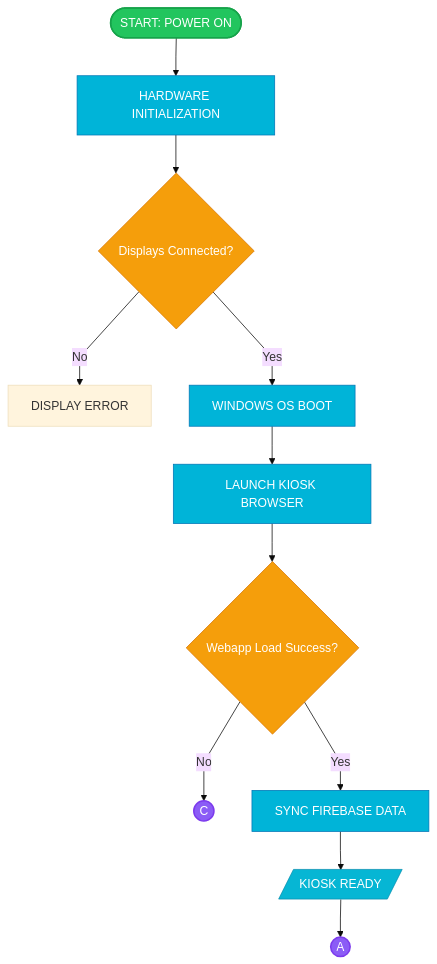
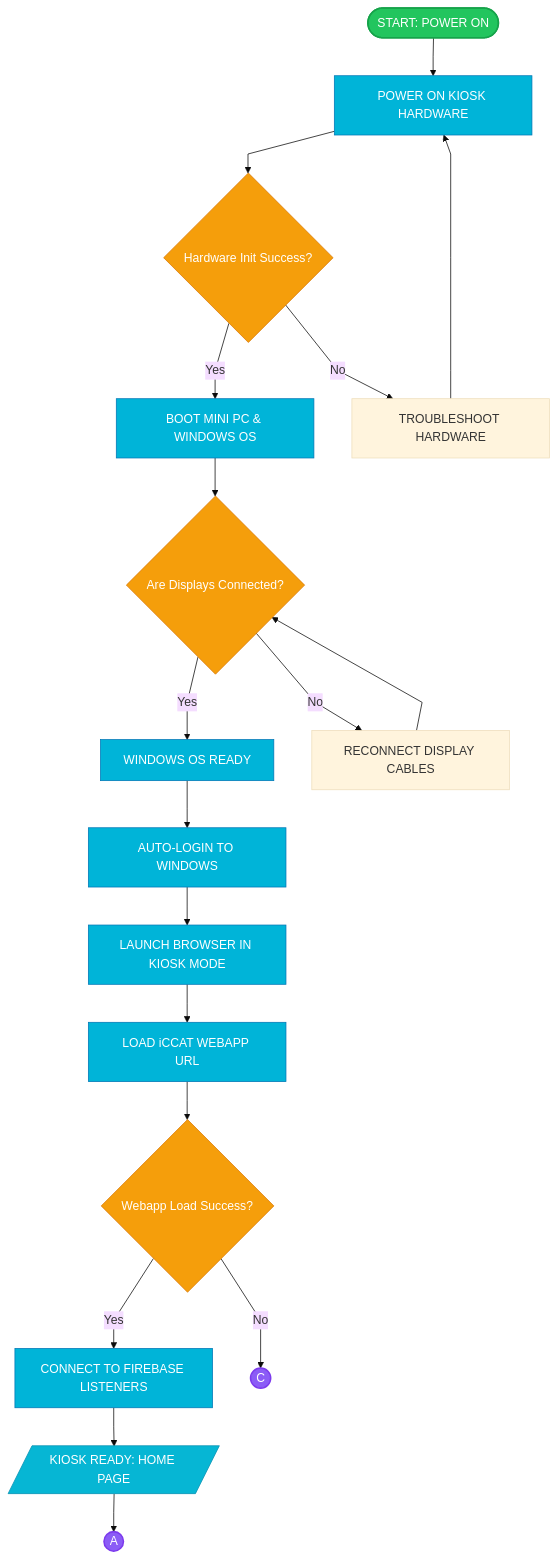
One commit to Yui1003/iCCAT changed the second of 7 diagrams in iCCAT-Academic-Flowcharts-Printable.md. Above: the diagram before and after it, drawn with Mermaid (base theme). The commit also changed other lines of this file and 1 other file, not shown here.

Commit message:
Add detailed flowcharts for the kiosk system startup and operation
Update the iCCAT-Academic-Flowcharts-Printable.md file to include comprehensive Mermaid diagrams for the kiosk system's hardware and software startup sequence, including error handling and connection checks. Also, refines the operational loop, shutdown procedures, and incorporates startup, closing, and error flows.

Replit-Commit-Author: Agent
Replit-Commit-Session-Id: 7d39b1e7-ef64-4a4f-9464-0fe946c8fc37
Replit-Commit-Checkpoint-Type: intermediate_checkpoint
Replit-Commit-Event-Id: 6686e332-dcd5-4c02-9917-38bfb84b82d4
Replit-Commit-Screenshot-Url: https://storage.googleapis.com/screenshot-production-us-central1/fa6c7ba9-3adb-4cca-b22b-509e9c8f026b/7d39b1e7-ef64-4a4f-9464-0fe946c8fc37/i4Vnu4X
Replit-Helium-Checkpoint-Created: true

````diff
--- a/iCCAT-Academic-Flowcharts-Printable.md
+++ b/iCCAT-Academic-Flowcharts-Printable.md
@@ -53,28 +53,42 @@
 ```mermaid
 %%{init: {'flowchart': {'curve': 'linear', 'nodeSpacing': 50, 'rankSpacing': 50}}}%%
 flowchart TB
     classDef startEnd fill:#22c55e,stroke:#16a34a,color:#fff,stroke-width:2px,rx:20,ry:20
     classDef display fill:#06b6d4,stroke:#0891b2,color:#fff
     classDef action fill:#00b4d8,stroke:#0077b6,color:#fff
     classDef decision fill:#f59e0b,stroke:#d97706,color:#fff
+    classDef hardware fill:#64748b,stroke:#475569,color:#fff
     classDef connector fill:#8b5cf6,stroke:#7c3aed,color:#fff,stroke-width:2px
     
-    START([START: POWER ON]) --> INIT[HARDWARE INITIALIZATION]
-    INIT --> DISP_CHK{Displays Connected?}
-    DISP_CHK -->|No| ERR[DISPLAY ERROR]
-    DISP_CHK -->|Yes| BOOT[WINDOWS OS BOOT]
+    START([START: POWER ON]) --> POWER[POWER ON KIOSK HARDWARE]
+    POWER --> HW_INIT{Hardware Init Success?}
     
-    BOOT --> BROWSER[LAUNCH KIOSK BROWSER]
-    BROWSER --> APP_INIT{Webapp Load Success?}
+    HW_INIT -->|Yes| BOOT[BOOT MINI PC & WINDOWS OS]
+    HW_INIT -->|No| FIX_HW[TROUBLESHOOT HARDWARE]
+    
+    FIX_HW --> POWER
+    
+    BOOT --> DISP_CHK{Are Displays Connected?}
+    DISP_CHK -->|Yes| WIN_READY[WINDOWS OS READY]
+    DISP_CHK -->|No| FIX_DISP[RECONNECT DISPLAY CABLES]
+    
+    FIX_DISP --> DISP_CHK
+    
+    WIN_READY --> AUTO_LOG[AUTO-LOGIN TO WINDOWS]
+    AUTO_LOG --> BROWSER[LAUNCH BROWSER IN KIOSK MODE]
+    
+    BROWSER --> LOAD_APP[LOAD iCCAT WEBAPP URL]
+    LOAD_APP --> APP_INIT{Webapp Load Success?}
+    
+    APP_INIT -->|Yes| FIREBASE[CONNECT TO FIREBASE LISTENERS]
     APP_INIT -->|No| CONN_C((C))
-    APP_INIT -->|Yes| SYNC[SYNC FIREBASE DATA]
     
-    SYNC --> READY[/KIOSK READY/]
+    FIREBASE --> READY[/KIOSK READY: HOME PAGE/]
     READY --> CONN_A((A))
 
     class START startEnd
     class READY display
-    class INIT,BOOT,BROWSER,SYNC action
-    class DISP_CHK,APP_INIT decision
+    class POWER,BOOT,WIN_READY,AUTO_LOG,BROWSER,LOAD_APP,FIREBASE action
+    class HW_INIT,DISP_CHK,APP_INIT decision
     class CONN_A,CONN_C connector
 ```
````
